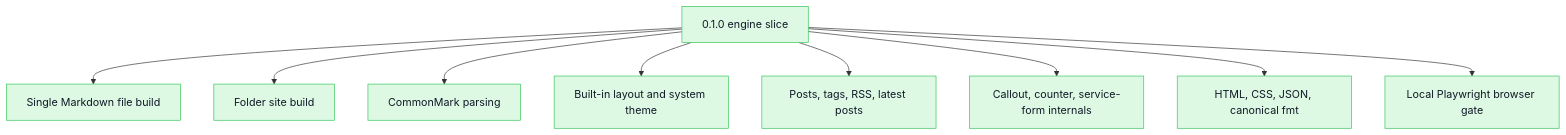
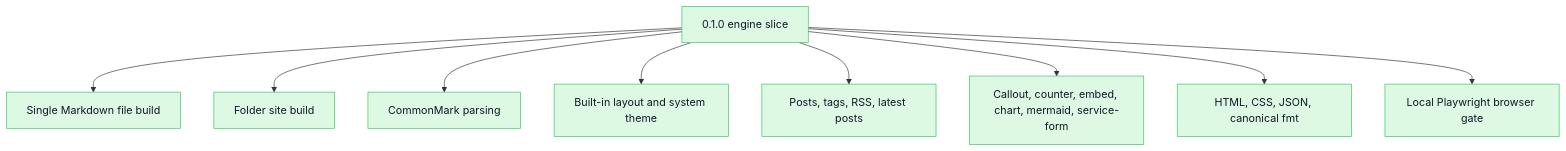
The second of 9 diagrams in README.md (TileDown/tile-down), drawn with Mermaid before and after one commit. The commit also changed other lines of this file and 19 other files, not shown here.

````diff
--- a/README.md
+++ b/README.md
@@ -70,14 +72,14 @@
 ```mermaid
 flowchart TD
   Current["0.1.0 engine slice"]:::done
   Current --> SingleFile["Single Markdown file build"]:::done
   Current --> SiteBuild["Folder site build"]:::done
   Current --> CommonMark["CommonMark parsing"]:::done
   Current --> Themes["Built-in layout and system theme"]:::done
   Current --> Tags["Posts, tags, RSS, latest posts"]:::done
-  Current --> TilesNow["Callout, counter, service-form internals"]:::done
+  Current --> TilesNow["Callout, counter, embed, chart, mermaid, service-form"]:::done
   Current --> Outputs["HTML, CSS, JSON, canonical fmt"]:::done
   Current --> BrowserGate["Local Playwright browser gate"]:::done
 
   classDef done fill:#ddf9e4,stroke:#34c759,color:#111827
 ```
````
